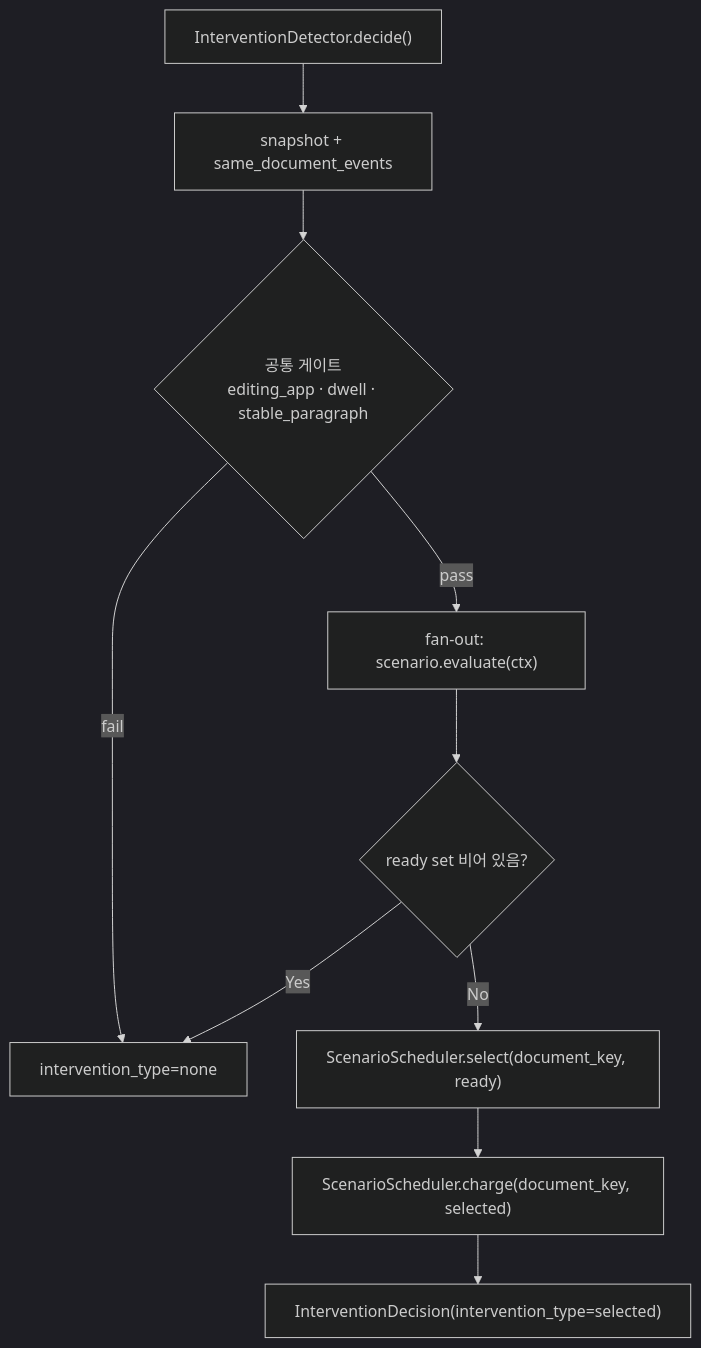
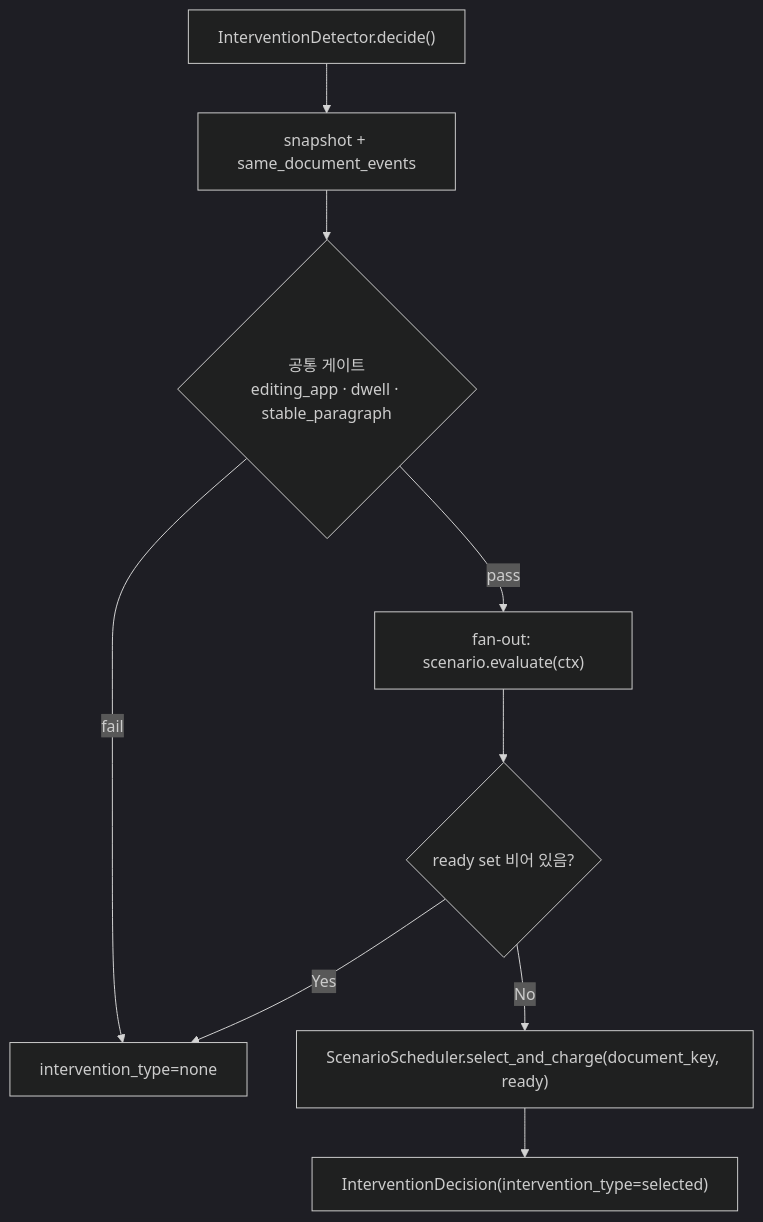
The second of 2 diagrams in services/screen_tool_funcs/README.md (2026-1-CAU-Capstone-Design-Team2/veritas), drawn with Mermaid (dark theme) before and after one commit. The commit also changed other lines of this file and 4 other files, not shown here.

Commit message:
[refactor] select() 및 charge() 메서드를 select_and_charge()로 통합하여 lazy decay 적용 방식 개선 및 시나리오 플래그 구조 변경

````diff
--- a/services/screen_tool_funcs/README.md
+++ b/services/screen_tool_funcs/README.md
@@ -85,12 +85,11 @@
 ```mermaid
 flowchart TD
     A["InterventionDetector.decide()"] --> B["snapshot + same_document_events"]
     B --> C{"공통 게이트<br/>editing_app · dwell · stable_paragraph"}
     C -- "fail" --> Z["intervention_type=none"]
     C -- "pass" --> D["fan-out: scenario.evaluate(ctx)"]
     D --> E{"ready set 비어 있음?"}
     E -- "Yes" --> Z
-    E -- "No" --> F["ScenarioScheduler.select(document_key, ready)"]
-    F --> G["ScenarioScheduler.charge(document_key, selected)"]
-    G --> H["InterventionDecision(intervention_type=selected)"]
+    E -- "No" --> F["ScenarioScheduler.select_and_charge(document_key, ready)"]
+    F --> H["InterventionDecision(intervention_type=selected)"]
 ```
````
